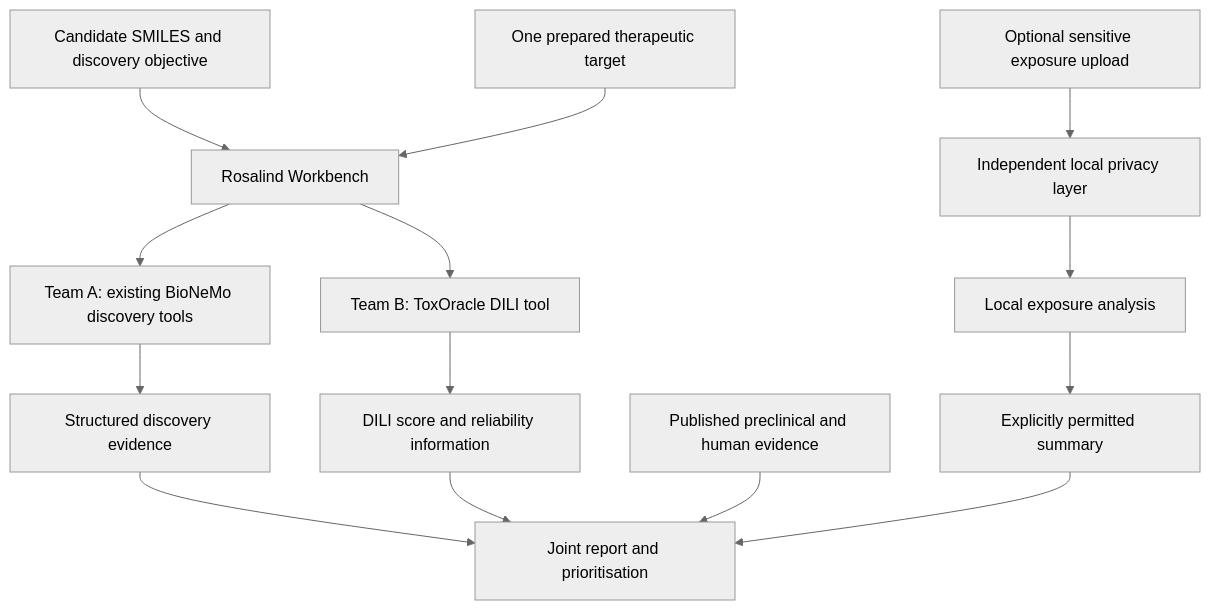
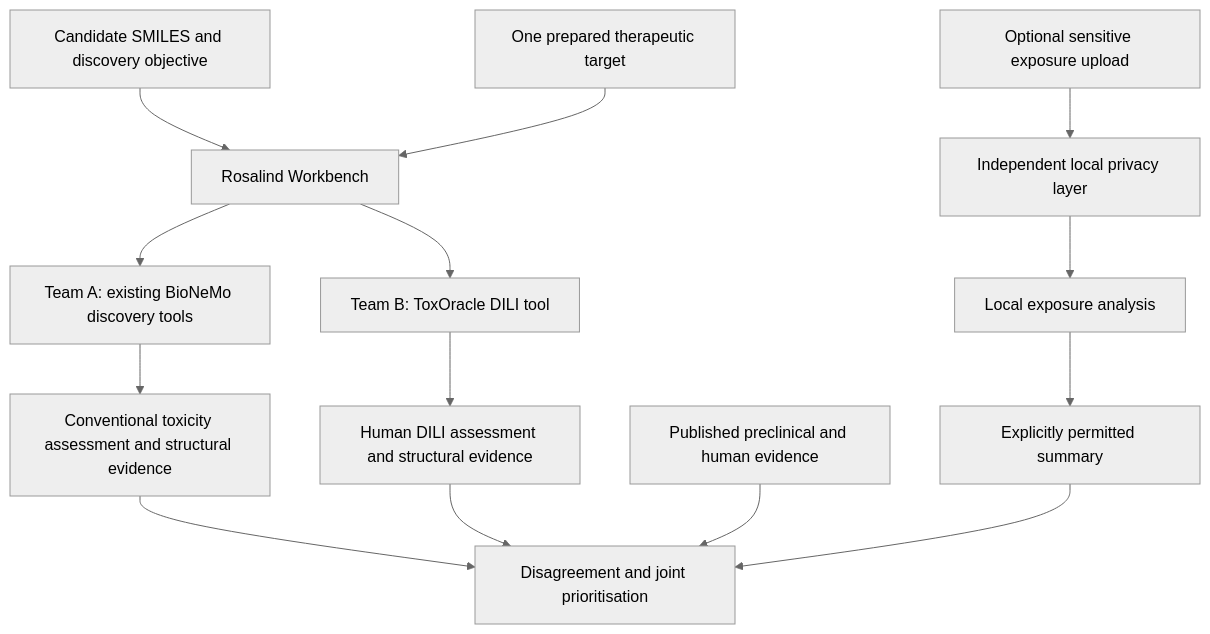
The diagram in BUILD_PLAN.md (odeb1/Tox_Oracle), drawn with Mermaid (neutral theme) before and after one commit. The commit also changed other lines of this file, not shown here.

````diff
--- a/BUILD_PLAN.md
+++ b/BUILD_PLAN.md
@@ -41,16 +41,16 @@
 ```mermaid
 flowchart TD
     U[Candidate SMILES and discovery objective] --> R[Rosalind Workbench]
     T[One prepared therapeutic target] --> R
     R --> A[Team A: existing BioNeMo discovery tools]
     R --> B[Team B: ToxOracle DILI tool]
-    A --> C[Structured discovery evidence]
-    B --> D[DILI score and reliability information]
-    C --> J[Joint report and prioritisation]
+    A --> C[Conventional toxicity assessment and structural evidence]
+    B --> D[Human DILI assessment and structural evidence]
+    C --> J[Disagreement and joint prioritisation]
     D --> J
     E[Published preclinical and human evidence] --> J
     H[Optional sensitive exposure upload] --> P[Independent local privacy layer]
     P --> L[Local exposure analysis]
     L --> S[Explicitly permitted summary]
     S --> J
 ```
````
